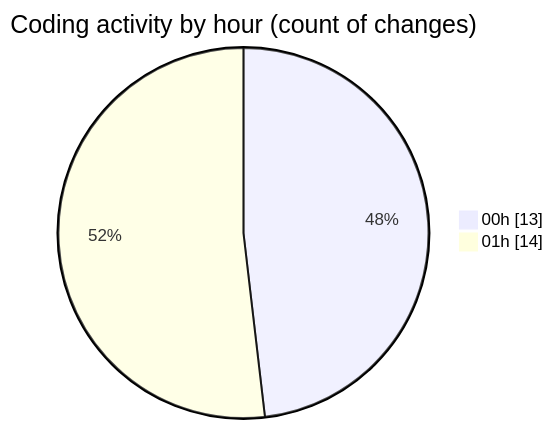
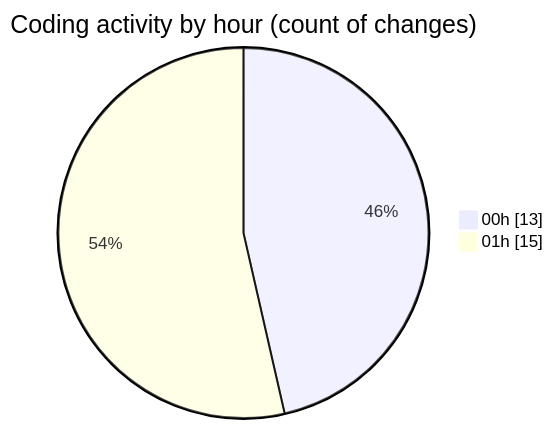
The second of 2 diagrams in 2025-09-09/hiai-phf/README.md (lephambinh05/code-tracking), drawn with Mermaid before and after one commit. The commit also changed other lines of this file and 1 other file, not shown here.

````diff
--- a/2025-09-09/hiai-phf/README.md
+++ b/2025-09-09/hiai-phf/README.md
@@ -46,6 +46,6 @@
 ```mermaid
 pie showData
 title Coding activity by hour (count of changes)
 "00h" : 13
-"01h" : 14
+"01h" : 15
 ```
````
